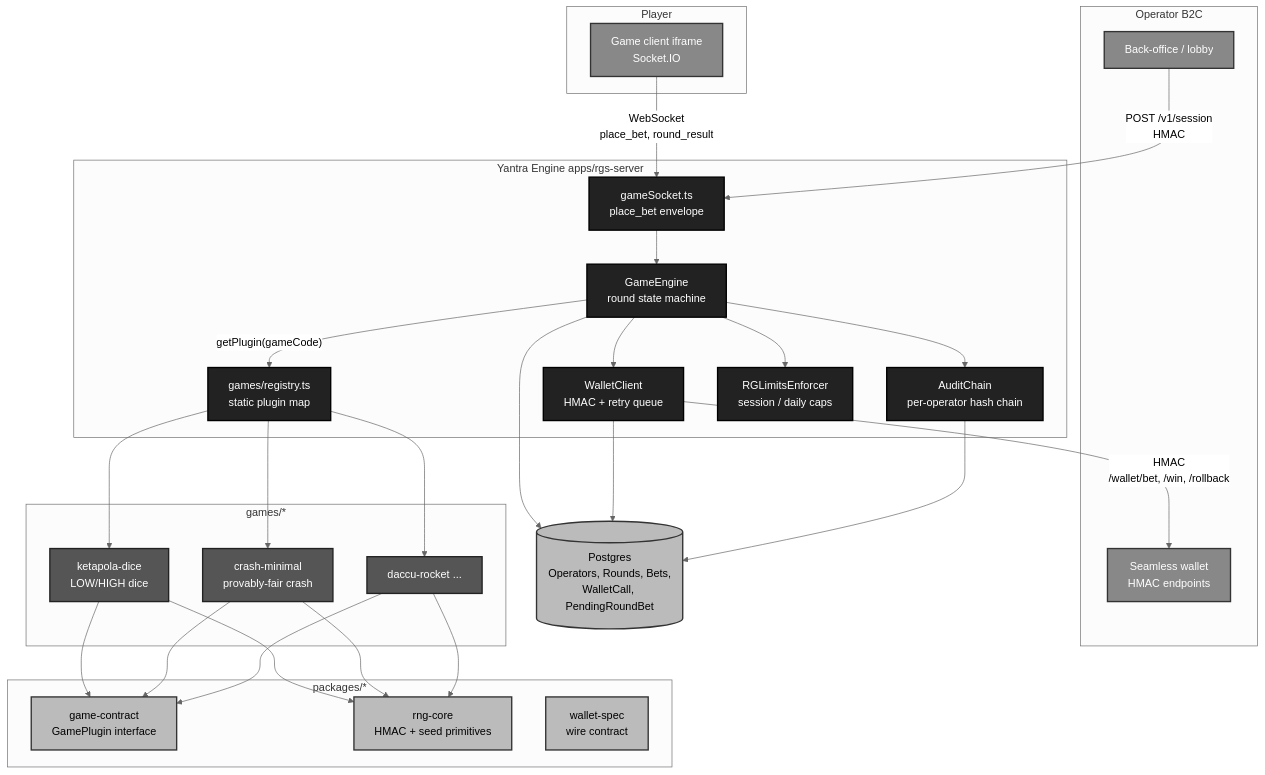
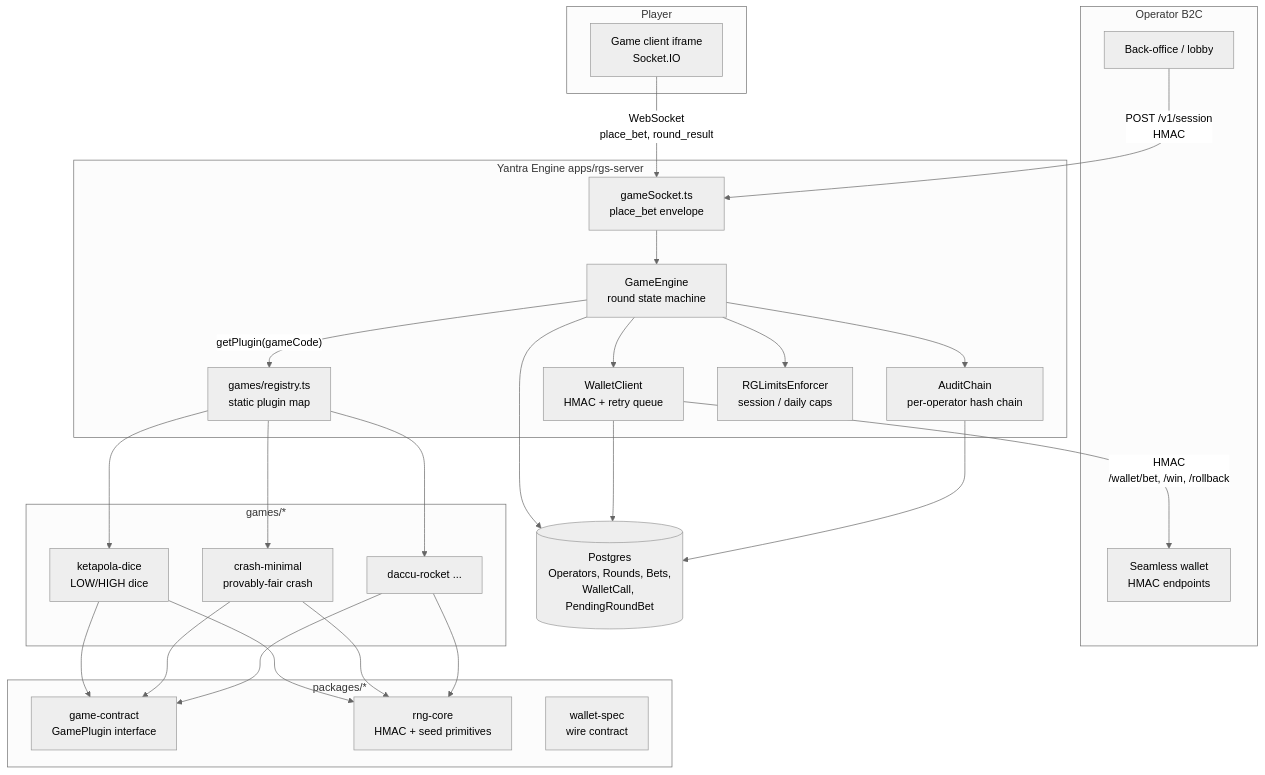
One commit to dinethlive/yantra-gaming changed the diagram in README.md. Above: the diagram before and after it, drawn with Mermaid (neutral theme). The commit also changed 2 other files, not shown here.

Commit message:
docs: drop mermaid classDef overrides, use GitHub native theming
Every mermaid classDef / class override is removed from README.md,
B2B_ROADMAP.md, and docs/architecture.md. GitHub's mermaid renderer
auto-switches between the default theme (light mode) and the dark
theme based on the viewer's preference; any forced fill that worked
on one theme fought the other. Section 7 Game launch flow was
already un-styled and rendered correctly on both, so the same
approach now applies everywhere.

Structure (subgraphs, node shapes, edges) stays intact, only the
visual overrides are gone.

````diff
--- a/README.md
+++ b/README.md
@@ -126,58 +126,49 @@
 ```mermaid
 flowchart TB
     subgraph client[Player]
       iframe[Game client iframe<br/>Socket.IO]
     end
 
     subgraph operator[Operator B2C]
       wallet[Seamless wallet<br/>HMAC endpoints]
       backoffice[Back-office / lobby]
     end
 
     subgraph rgs[Yantra Engine apps/rgs-server]
       socket[gameSocket.ts<br/>place_bet envelope]
       engine[GameEngine<br/>round state machine]
       registry[games/registry.ts<br/>static plugin map]
       walletclient[WalletClient<br/>HMAC + retry queue]
       audit[AuditChain<br/>per-operator hash chain]
       rglimits[RGLimitsEnforcer<br/>session / daily caps]
     end
 
     subgraph games[games/*]
       dice[ketapola-dice<br/>LOW/HIGH dice]
       crash[crash-minimal<br/>provably-fair crash]
       future[daccu-rocket ...]
     end
 
     subgraph shared[packages/*]
       contract[game-contract<br/>GamePlugin interface]
       rngcore[rng-core<br/>HMAC + seed primitives]
       walletspec[wallet-spec<br/>wire contract]
     end
 
     db[(Postgres<br/>Operators, Rounds, Bets,<br/>WalletCall, PendingRoundBet)]
 
     iframe -- "WebSocket<br/>place_bet, round_result" --> socket
     backoffice -- "POST /v1/session<br/>HMAC" --> socket
     socket --> engine
     engine -- "getPlugin(gameCode)" --> registry
     registry --> dice
     registry --> crash
     registry --> future
     dice & crash & future --> contract
     dice & crash & future --> rngcore
     engine --> walletclient
     walletclient -- "HMAC<br/>/wallet/bet, /win, /rollback" --> wallet
     engine --> audit
     engine --> rglimits
     engine & walletclient & audit --> db
-
-    classDef primary fill:#222,stroke:#000,color:#fff,stroke-width:2px;
-    classDef secondary fill:#555,stroke:#222,color:#fff,stroke-width:2px;
-    classDef tertiary fill:#888,stroke:#333,color:#fff,stroke-width:2px;
-    classDef store fill:#bbb,stroke:#333,color:#000,stroke-width:2px;
-    class engine,socket,registry,walletclient,audit,rglimits primary;
-    class dice,crash,future secondary;
-    class iframe,wallet,backoffice tertiary;
-    class contract,rngcore,walletspec,db store;
 ```
````
